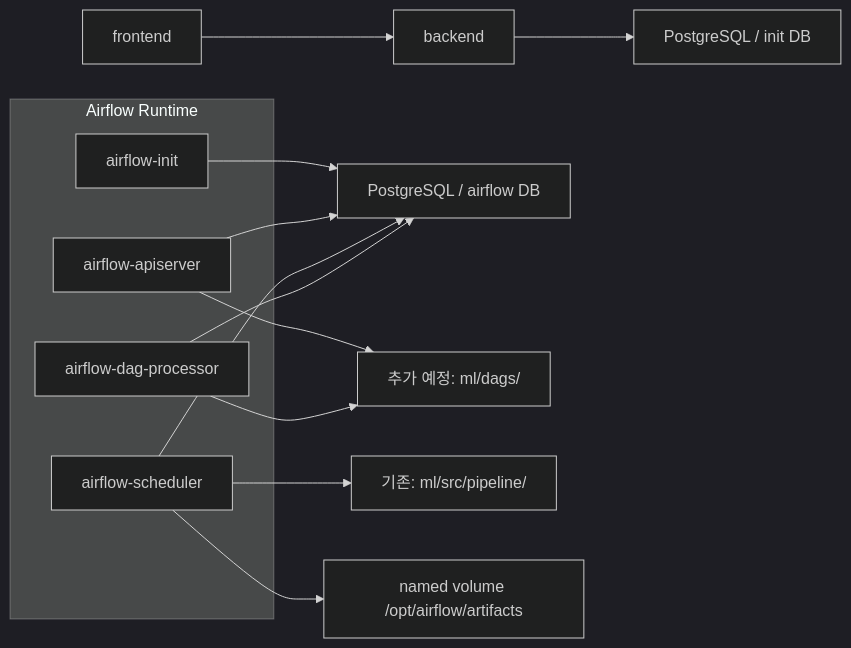
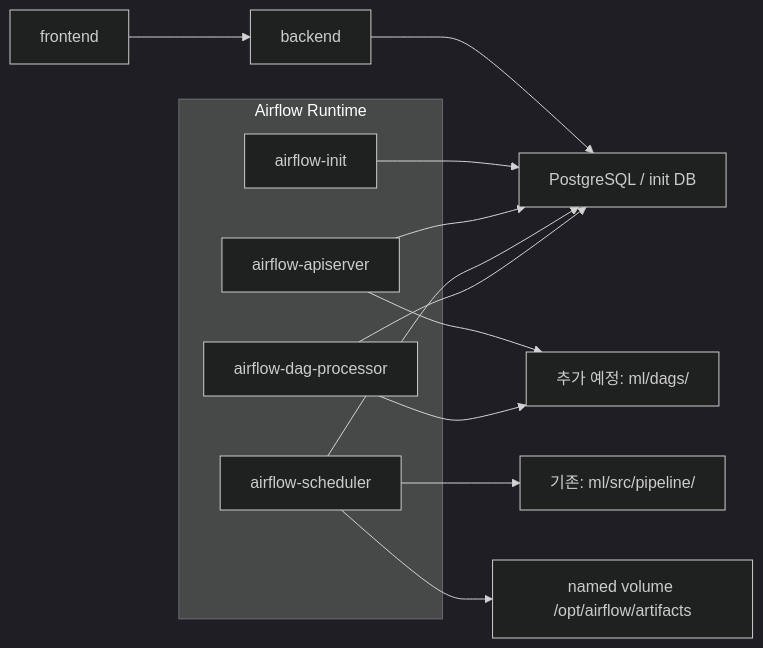
The first of 2 diagrams in .agent/specs/113.md (ajou-2026-1-capstone-5/ostone), drawn with Mermaid (dark theme) before and after one commit. The commit also changed other lines of this file and 5 other files, not shown here.

````diff
--- a/.agent/specs/113.md
+++ b/.agent/specs/113.md
@@ -60,22 +60,22 @@
 ```mermaid
 flowchart LR
     FE["frontend"] --> BE["backend"]
     BE --> PG1["PostgreSQL / init DB"]
 
     subgraph Airflow Runtime
         AI["airflow-init"]
         AS["airflow-apiserver"]
         SCH["airflow-scheduler"]
         DP["airflow-dag-processor"]
     end
 
-    AI --> PG2["PostgreSQL / airflow DB"]
-    AS --> PG2
-    SCH --> PG2
-    DP --> PG2
+    AI --> PG1
+    AS --> PG1
+    SCH --> PG1
+    DP --> PG1
 
     AS --> DAGS["추가 예정: ml/dags/"]
     SCH --> SRC["기존: ml/src/pipeline/"]
     DP --> DAGS
     SCH --> ART["named volume /opt/airflow/artifacts"]
 ```
````
